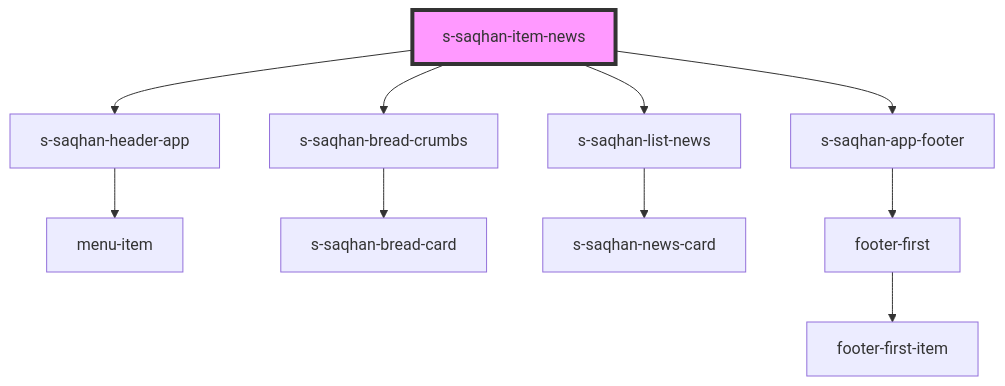
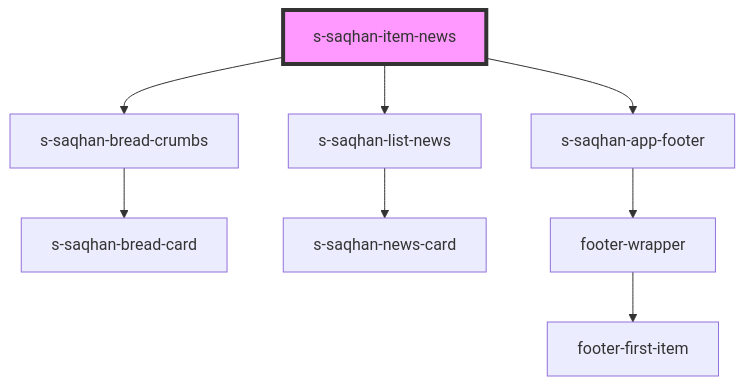
Before and after one commit to saqhan/stencil: the diagram in src/components/s-saqhan-item-news/readme.md, drawn with Mermaid. The commit also changed other lines of this file and 26 other files, not shown here.

````diff
--- a/src/components/s-saqhan-item-news/readme.md
+++ b/src/components/s-saqhan-item-news/readme.md
@@ -18,13 +17,11 @@
 ```mermaid
 graph TD;
-  s-saqhan-item-news --> s-saqhan-header-app
   s-saqhan-item-news --> s-saqhan-bread-crumbs
   s-saqhan-item-news --> s-saqhan-list-news
   s-saqhan-item-news --> s-saqhan-app-footer
-  s-saqhan-header-app --> menu-item
   s-saqhan-bread-crumbs --> s-saqhan-bread-card
   s-saqhan-list-news --> s-saqhan-news-card
-  s-saqhan-app-footer --> footer-first
-  footer-first --> footer-first-item
+  s-saqhan-app-footer --> footer-wrapper
+  footer-wrapper --> footer-first-item
   style s-saqhan-item-news fill:#f9f,stroke:#333,stroke-width:4px
 ```
````
